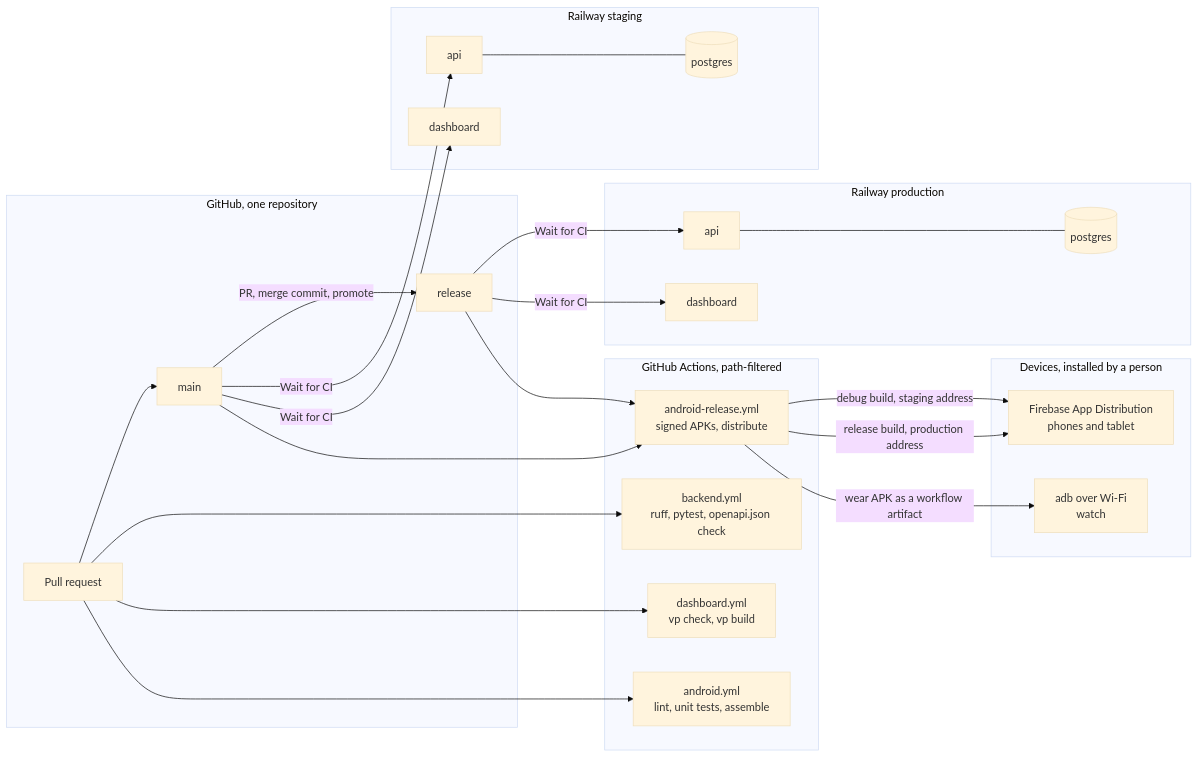
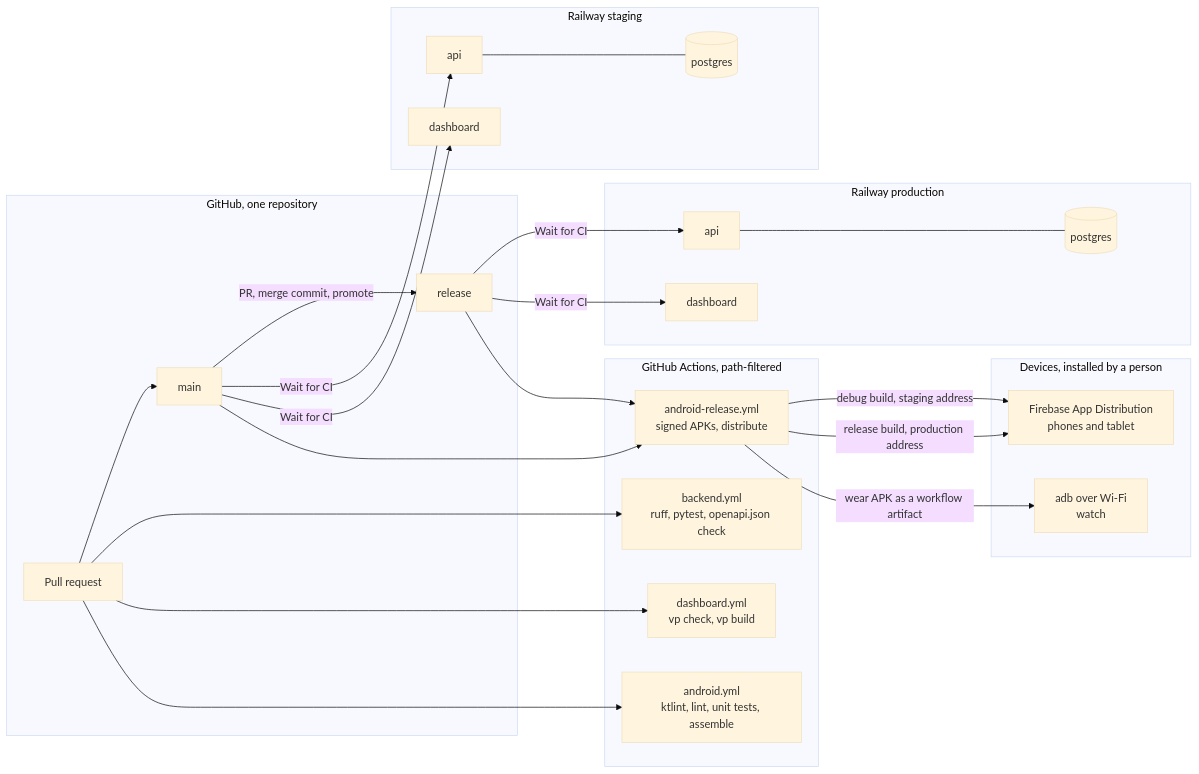
Before and after one commit to paulhondola/EchoCare: the third of 3 diagrams in docs/adr/ADR-001-monorepo-and-delivery.md, drawn with Mermaid (base theme). The commit also changed other lines of this file and 16 other files, not shown here.

First line of the commit message:
build(android): add ktlint and run :shared tests in CI

````diff
--- a/docs/adr/ADR-001-monorepo-and-delivery.md
+++ b/docs/adr/ADR-001-monorepo-and-delivery.md
@@ -542,42 +542,42 @@
 ```mermaid
 flowchart LR
     subgraph GIT["GitHub, one repository"]
         PR["Pull request"] --> MAIN["main"]
         MAIN -->|"PR, merge commit, promote"| REL["release"]
     end
 
     subgraph ACT["GitHub Actions, path-filtered"]
         BW["backend.yml<br/>ruff, pytest, openapi.json check"]
         DW["dashboard.yml<br/>vp check, vp build"]
-        AW["android.yml<br/>lint, unit tests, assemble"]
+        AW["android.yml<br/>ktlint, lint, unit tests, assemble"]
         AR["android-release.yml<br/>signed APKs, distribute"]
     end
 
     subgraph STG["Railway staging"]
         SAPI["api"]
         SDB[("postgres")]
         SDASH["dashboard"]
     end
 
     subgraph PRD["Railway production"]
         PAPI["api"]
         PDB[("postgres")]
         PDASH["dashboard"]
     end
 
     subgraph DEV["Devices, installed by a person"]
         FAD["Firebase App Distribution<br/>phones and tablet"]
         ADB["adb over Wi-Fi<br/>watch"]
     end
 
     PR --> BW & DW & AW
     MAIN -->|"Wait for CI"| SAPI & SDASH
     REL -->|"Wait for CI"| PAPI & PDASH
     MAIN --> AR
     REL --> AR
     AR -->|"debug build, staging address"| FAD
     AR -->|"release build, production address"| FAD
     AR -->|"wear APK as a workflow artifact"| ADB
     SAPI --- SDB
     PAPI --- PDB
 ```
````
